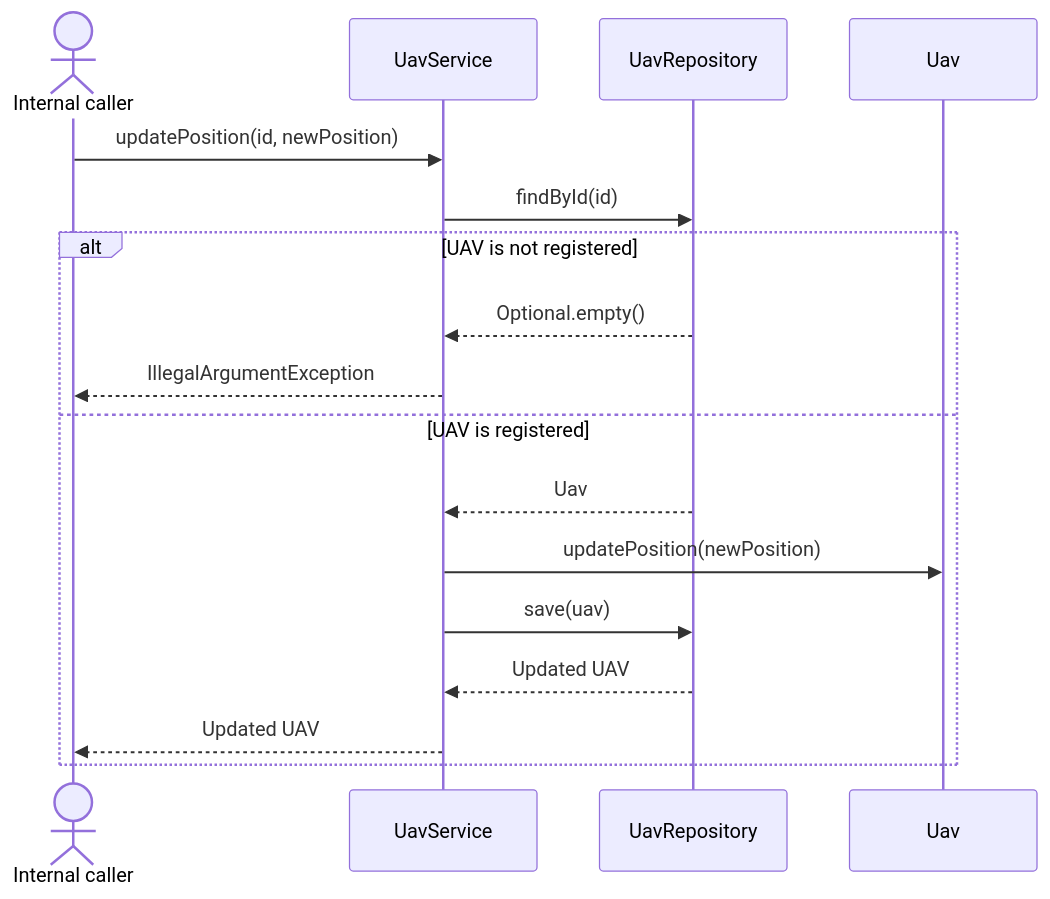
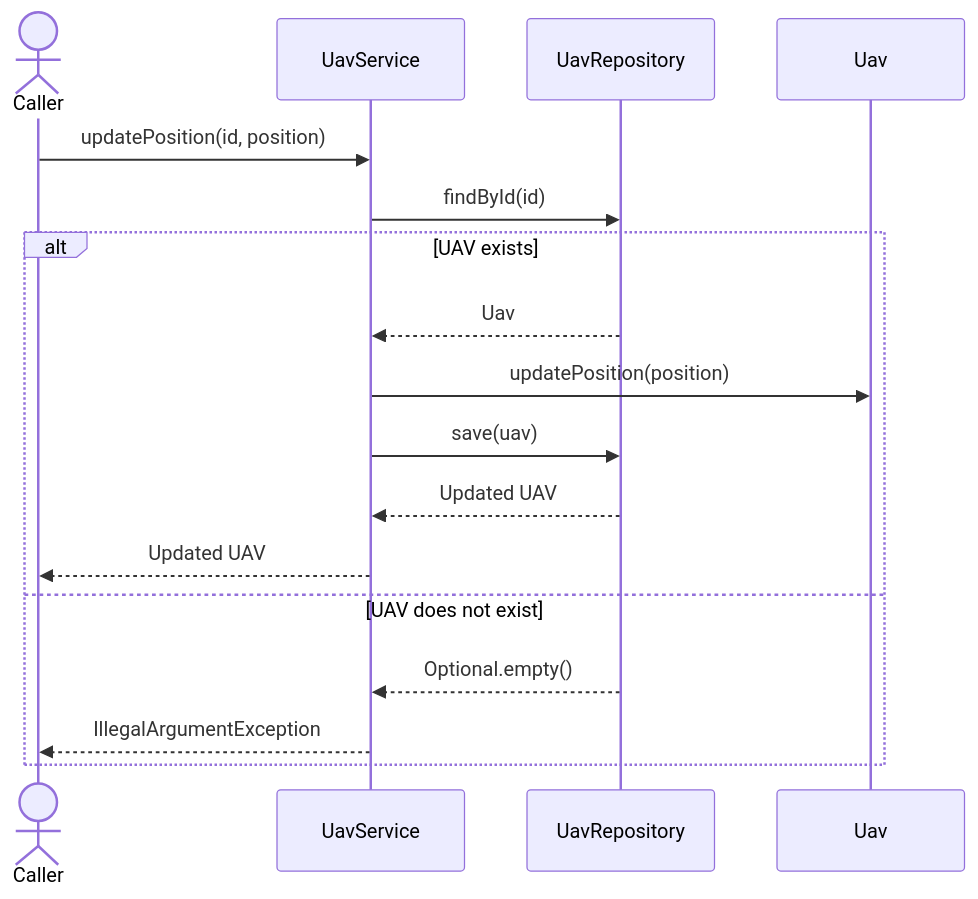
The second of 2 diagrams in README.md (FranciscoGoal/UAV-Mission-Control), drawn with Mermaid before and after one commit. The commit also changed other lines of this file and 4 other files, not shown here.

````diff
--- a/README.md
+++ b/README.md
@@ -193,21 +128,20 @@
 ```mermaid
 sequenceDiagram
-    actor Caller as Internal caller
+    actor Caller
     participant Service as UavService
     participant Repository as UavRepository
-    participant Uav as Uav
+    participant UAV as Uav
 
-    Caller->>Service: updatePosition(id, newPosition)
+    Caller->>Service: updatePosition(id, position)
     Service->>Repository: findById(id)
-
-    alt UAV is not registered
-        Repository-->>Service: Optional.empty()
-        Service-->>Caller: IllegalArgumentException
-    else UAV is registered
+    alt UAV exists
         Repository-->>Service: Uav
-        Service->>Uav: updatePosition(newPosition)
+        Service->>UAV: updatePosition(position)
         Service->>Repository: save(uav)
         Repository-->>Service: Updated UAV
         Service-->>Caller: Updated UAV
+    else UAV does not exist
+        Repository-->>Service: Optional.empty()
+        Service-->>Caller: IllegalArgumentException
     end
 ```
````
